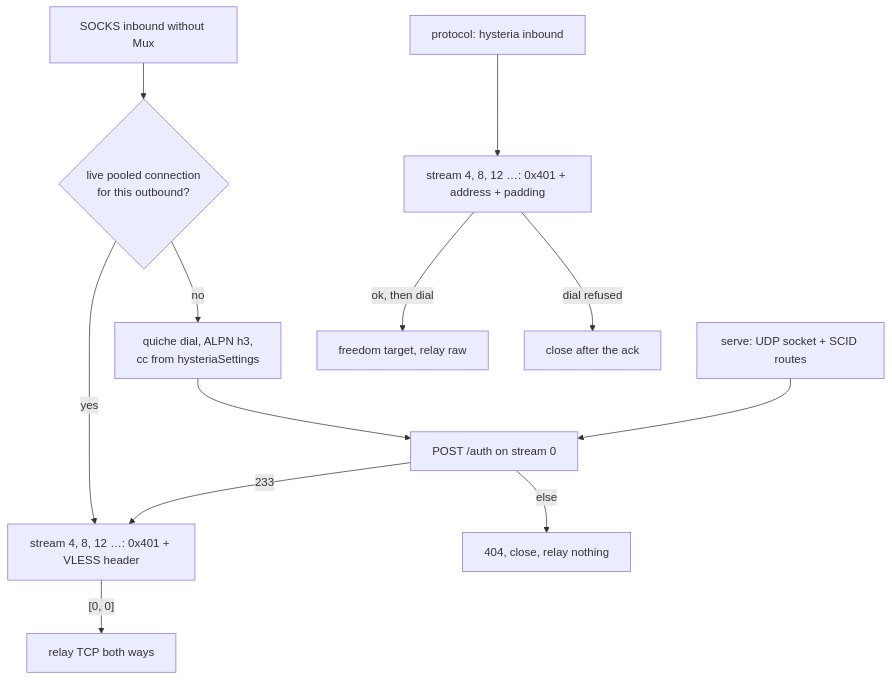
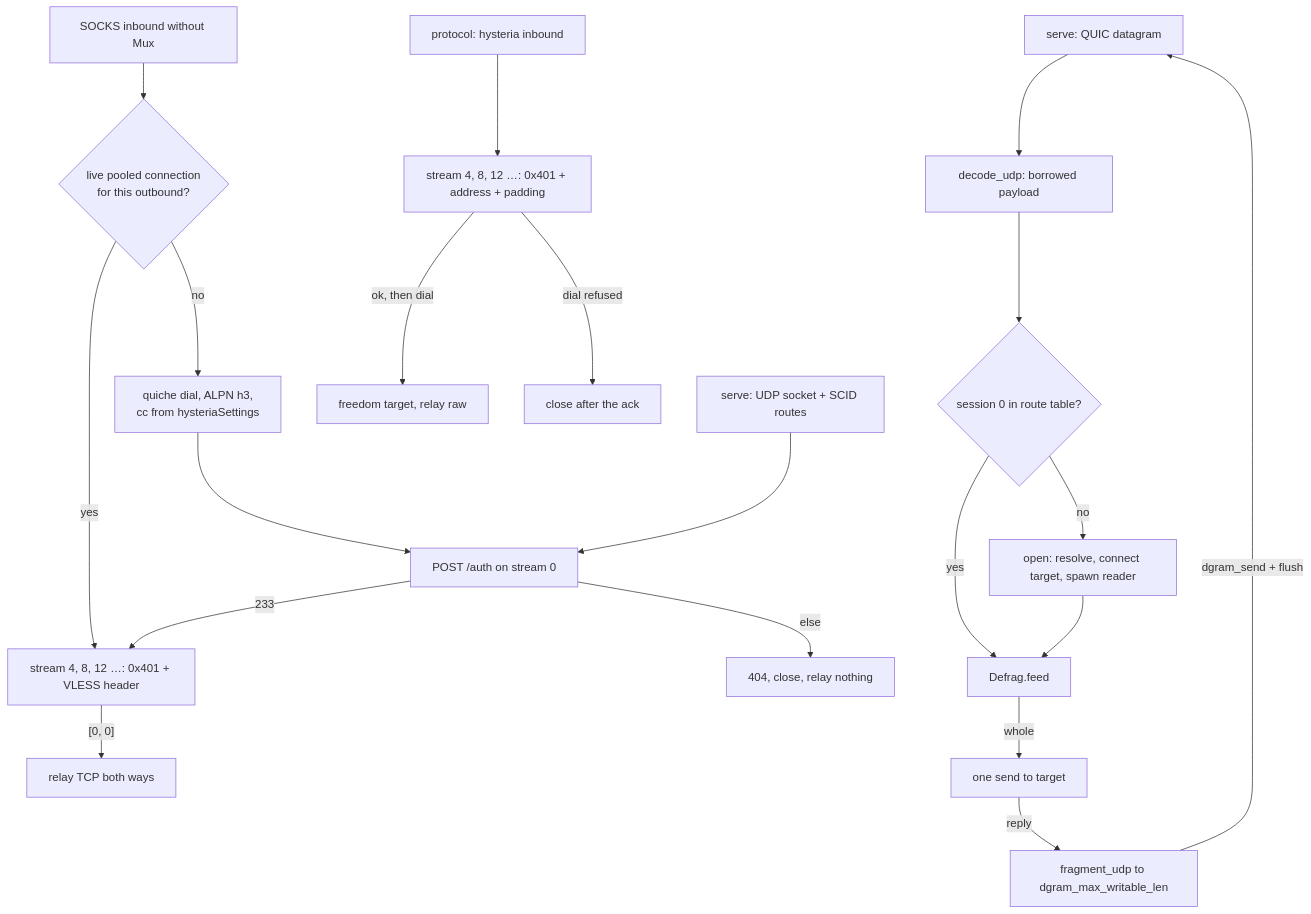
The diagram in docs/function/carrier-hysteria.md (Ferrocite/ferrox), drawn with Mermaid before and after one commit. The commit also changed other lines of this file and 5 other files, not shown here.

````diff
--- a/docs/function/carrier-hysteria.md
+++ b/docs/function/carrier-hysteria.md
@@ -46,14 +63,22 @@
 ```mermaid
 graph TD
     S["SOCKS inbound without Mux"] --> P{"live pooled connection<br/>for this outbound?"}
     P -- yes --> F["stream 4, 8, 12 …: 0x401 + VLESS header"]
     P -- no --> D["quiche dial, ALPN h3,<br/>cc from hysteriaSettings"]
     D --> A["POST /auth on stream 0"]
     A -- 233 --> F
     F -- "[0, 0]" --> R["relay TCP both ways"]
     A -- else --> X["404, close, relay nothing"]
     H["serve: UDP socket + SCID routes"] --> A
     P2["protocol: hysteria inbound"] --> Q["stream 4, 8, 12 …: 0x401 + address + padding"]
     Q -- "ok, then dial" --> T["freedom target, relay raw"]
     Q -- "dial refused" --> C["close after the ack"]
+    G["serve: QUIC datagram"] --> D2["decode_udp: borrowed payload"]
+    D2 --> E2{"session 0 in route table?"}
+    E2 -- no --> O["open: resolve, connect target, spawn reader"]
+    E2 -- yes --> F2["Defrag.feed"]
+    O --> F2
+    F2 -- whole --> U["one send to target"]
+    U -- "reply " --> V["fragment_udp to dgram_max_writable_len"]
+    V -- "dgram_send + flush" --> G
 ```
````
